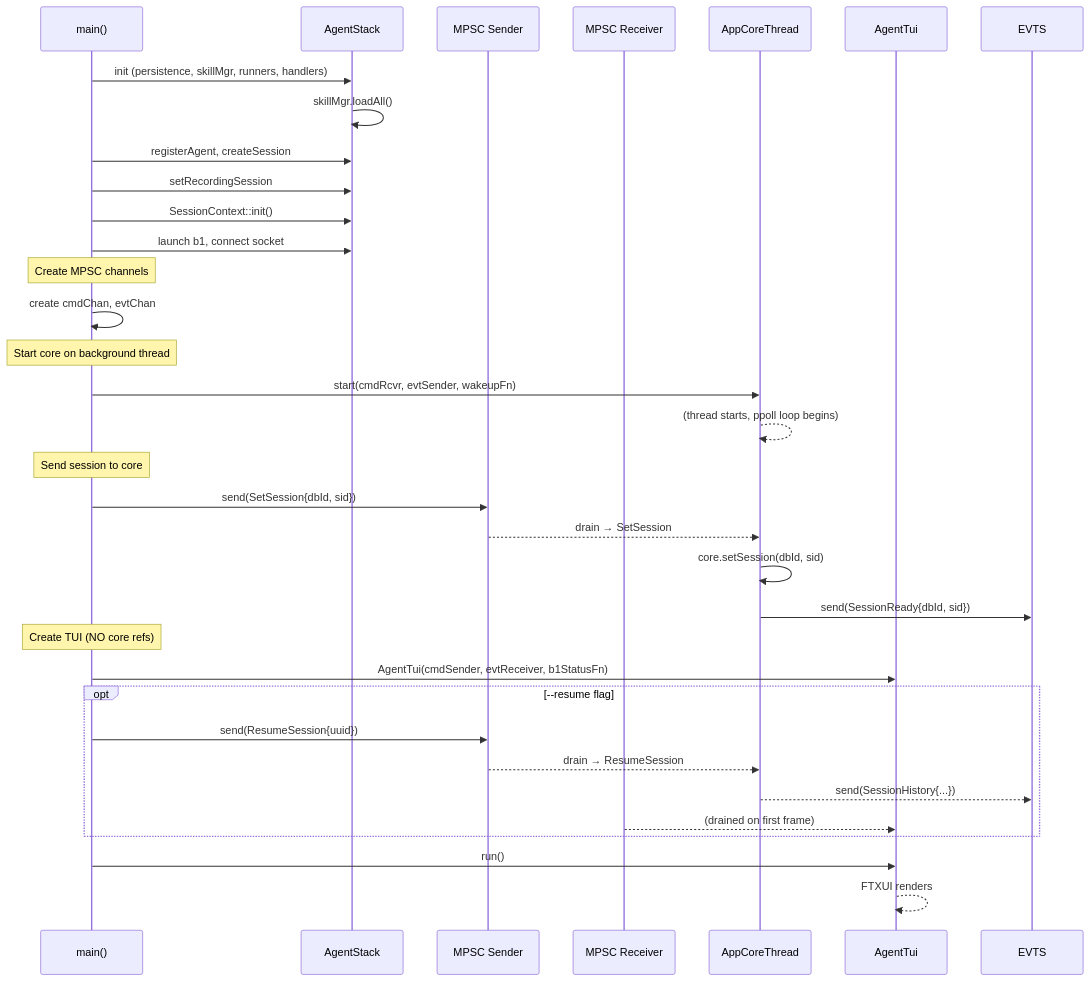
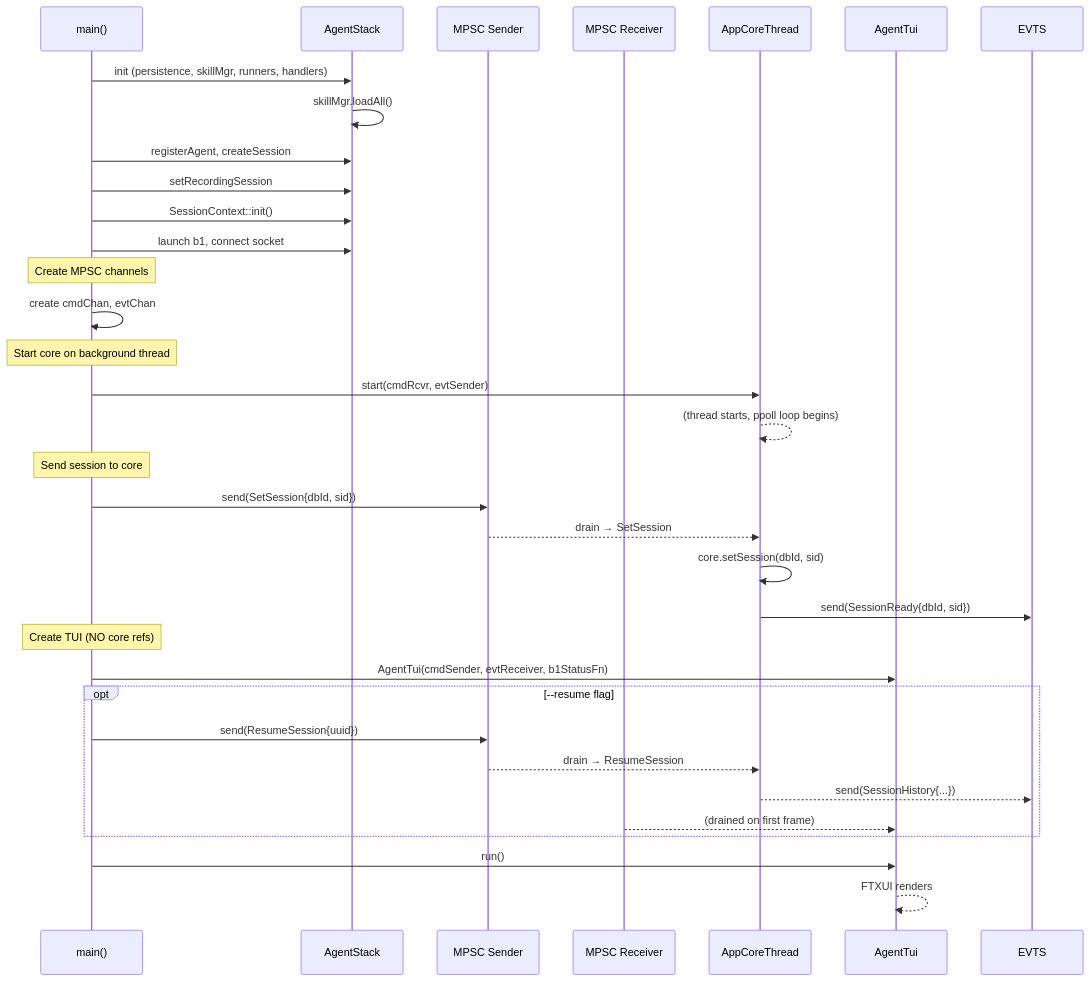
The fifth of 6 diagrams in src/tui/technical-specification.md (opensassi/a0), drawn with Mermaid before and after one commit. The commit also changed other lines of this file and 34 other files, not shown here.

Commit message:
2026-06-13-tui-retained-tree-architecture-13da640a1ffel6Iv1jZrGbH6nk

````diff
--- a/src/tui/technical-specification.md
+++ b/src/tui/technical-specification.md
@@ -772,42 +772,42 @@
 ```mermaid
 sequenceDiagram
     participant MAIN as main()
     participant AS as AgentStack
     participant CMD as MPSC Sender
     participant EVT as MPSC Receiver
     participant ACT as AppCoreThread
     participant TUI as AgentTui
 
     MAIN->>AS: init (persistence, skillMgr, runners, handlers)
     AS->>AS: skillMgr.loadAll()
     MAIN->>AS: registerAgent, createSession
     MAIN->>AS: setRecordingSession
     MAIN->>AS: SessionContext::init()
     MAIN->>AS: launch b1, connect socket
 
     Note over MAIN: Create MPSC channels
     MAIN->>MAIN: create cmdChan, evtChan
 
     Note over MAIN: Start core on background thread
-    MAIN->>ACT: start(cmdRcvr, evtSender, wakeupFn)
+    MAIN->>ACT: start(cmdRcvr, evtSender)
     ACT-->>ACT: (thread starts, ppoll loop begins)
 
     Note over MAIN: Send session to core
     MAIN->>CMD: send(SetSession{dbId, sid})
     CMD-->>ACT: drain → SetSession
     ACT->>ACT: core.setSession(dbId, sid)
     ACT->>EVTS: send(SessionReady{dbId, sid})
 
     Note over MAIN: Create TUI (NO core refs)
     MAIN->>TUI: AgentTui(cmdSender, evtReceiver, b1StatusFn)
 
     opt --resume flag
         MAIN->>CMD: send(ResumeSession{uuid})
         CMD-->>ACT: drain → ResumeSession
         ACT-->>EVTS: send(SessionHistory{...})
         EVT-->>TUI: (drained on first frame)
     end
 
     MAIN->>TUI: run()
     TUI-->>TUI: FTXUI renders
 ```
````
